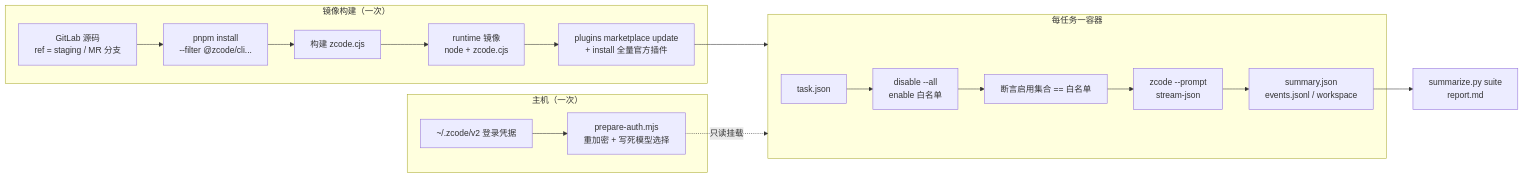
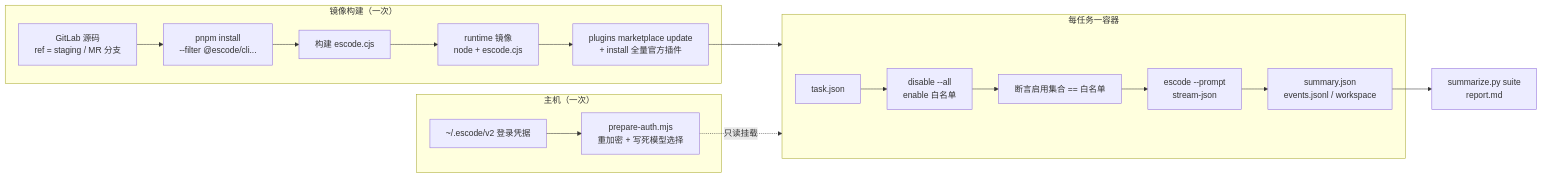
Before and after one commit to sekfung/ESCode: the first of 2 diagrams in docs/plugin-eval-docker.md, drawn with Mermaid. The commit also changed other lines of this file and 14315 other files, not shown here.

````diff
--- a/docs/plugin-eval-docker.md
+++ b/docs/plugin-eval-docker.md
@@ -16,21 +16,21 @@
 ```mermaid
 flowchart LR
   subgraph build[镜像构建（一次）]
-    A[GitLab 源码<br/>ref = staging / MR 分支] --> B[pnpm install<br/>--filter @zcode/cli...]
-    B --> C[构建 zcode.cjs]
-    C --> D[runtime 镜像<br/>node + zcode.cjs]
+    A[GitLab 源码<br/>ref = staging / MR 分支] --> B[pnpm install<br/>--filter @escode/cli...]
+    B --> C[构建 escode.cjs]
+    C --> D[runtime 镜像<br/>node + escode.cjs]
     D --> E[plugins marketplace update<br/>+ install 全量官方插件]
   end
   subgraph host[主机（一次）]
-    F[~/.zcode/v2 登录凭据] --> G[prepare-auth.mjs<br/>重加密 + 写死模型选择]
+    F[~/.escode/v2 登录凭据] --> G[prepare-auth.mjs<br/>重加密 + 写死模型选择]
   end
   subgraph run[每任务一容器]
     H[task.json] --> I[disable --all<br/>enable 白名单]
     I --> J[断言启用集合 == 白名单]
-    J --> K[zcode --prompt<br/>stream-json]
+    J --> K[escode --prompt<br/>stream-json]
     K --> L[summary.json<br/>events.jsonl / workspace]
   end
   E --> run
   G -. 只读挂载 .-> run
   L --> M[summarize.py suite<br/>report.md]
 ```
````
